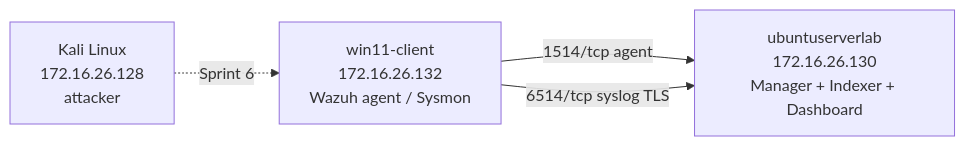
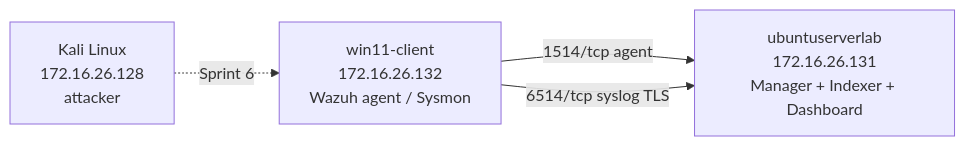
One commit to sadiq19/nist-siem-cyberlab changed the diagram in README.md. Above: the diagram before and after it, drawn with Mermaid. The commit also changed other lines of this file, not shown here.

````diff
--- a/README.md
+++ b/README.md
@@ -19,9 +19,9 @@
 ```mermaid
 flowchart LR
   WIN["win11-client\n172.16.26.132\nWazuh agent / Sysmon"]
   KALI["Kali Linux\n172.16.26.128\nattacker"]
-  UB["ubuntuserverlab\n172.16.26.130\nManager + Indexer + Dashboard"]
+  UB["ubuntuserverlab\n172.16.26.131\nManager + Indexer + Dashboard"]
   WIN -->|"1514/tcp agent"| UB
   WIN -->|"6514/tcp syslog TLS"| UB
   KALI -.->|"Sprint 6"| WIN
 ```
````
